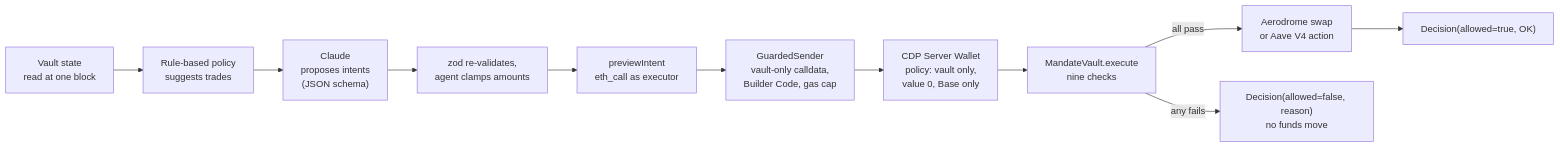
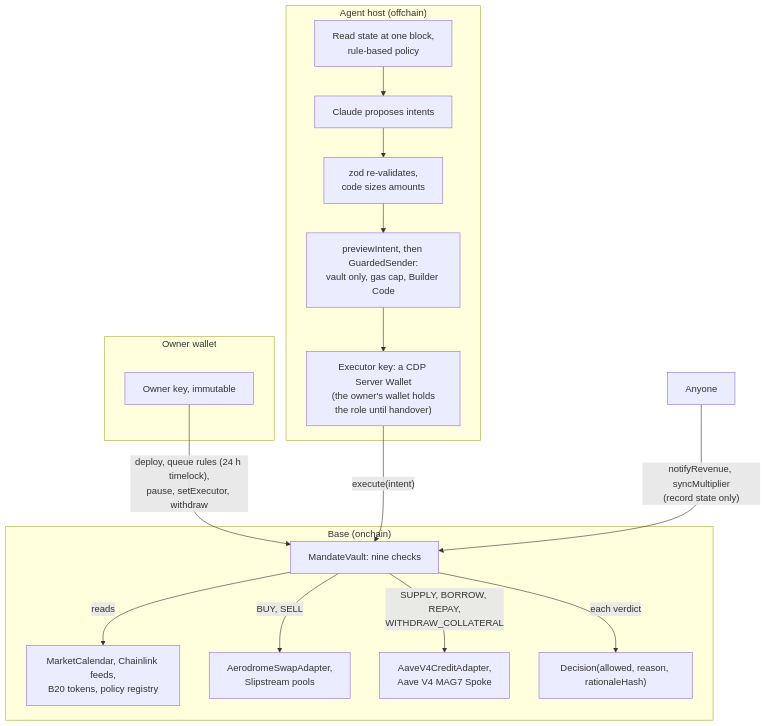
The diagram in README.md (duongnq2798/maat), drawn with Mermaid before and after one commit. The commit also changed other lines of this file and 2 other files, not shown here.

````diff
--- a/README.md
+++ b/README.md
@@ -261,13 +159,21 @@
 ```mermaid
-flowchart LR
-    S["Vault state<br/>read at one block"] --> P["Rule-based policy<br/>suggests trades"]
-    P --> C["Claude<br/>proposes intents<br/>(JSON schema)"]
-    C --> Z["zod re-validates,<br/>agent clamps amounts"]
-    Z --> V["previewIntent<br/>eth_call as executor"]
-    V --> G["GuardedSender<br/>vault-only calldata,<br/>Builder Code, gas cap"]
-    G --> W["CDP Server Wallet<br/>policy: vault only,<br/>value 0, Base only"]
-    W --> E["MandateVault.execute<br/>nine checks"]
-    E -->|all pass| A["Aerodrome swap<br/>or Aave V4 action"]
-    E -->|any fails| R["Decision(allowed=false, reason)<br/>no funds move"]
-    A --> D["Decision(allowed=true, OK)"]
+flowchart TD
+    subgraph OWNER["Owner wallet"]
+        O["Owner key, immutable"]
+    end
+    subgraph HOST["Agent host (offchain)"]
+        P["Read state at one block,<br/>rule-based policy"] --> C["Claude proposes intents"]
+        C --> Z["zod re-validates,<br/>code sizes amounts"]
+        Z --> G["previewIntent, then GuardedSender:<br/>vault only, gas cap, Builder Code"]
+        G --> X["Executor key: a CDP Server Wallet<br/>(the owner's wallet holds<br/>the role until handover)"]
+    end
+    subgraph BASE["Base (onchain)"]
+        MV["MandateVault: nine checks"] -->|reads| R["MarketCalendar, Chainlink feeds,<br/>B20 tokens, policy registry"]
+        MV -->|"BUY, SELL"| SA["AerodromeSwapAdapter,<br/>Slipstream pools"]
+        MV -->|"SUPPLY, BORROW, REPAY,<br/>WITHDRAW_COLLATERAL"| CA["AaveV4CreditAdapter,<br/>Aave V4 MAG7 Spoke"]
+        MV -->|"each verdict"| D["Decision(allowed, reason, rationaleHash)"]
+    end
+    O -->|"deploy, queue rules (24 h timelock),<br/>pause, setExecutor, withdraw"| MV
+    X -->|"execute(intent)"| MV
+    ANY["Anyone"] -->|"notifyRevenue, syncMultiplier<br/>(record state only)"| MV
 ```
````
